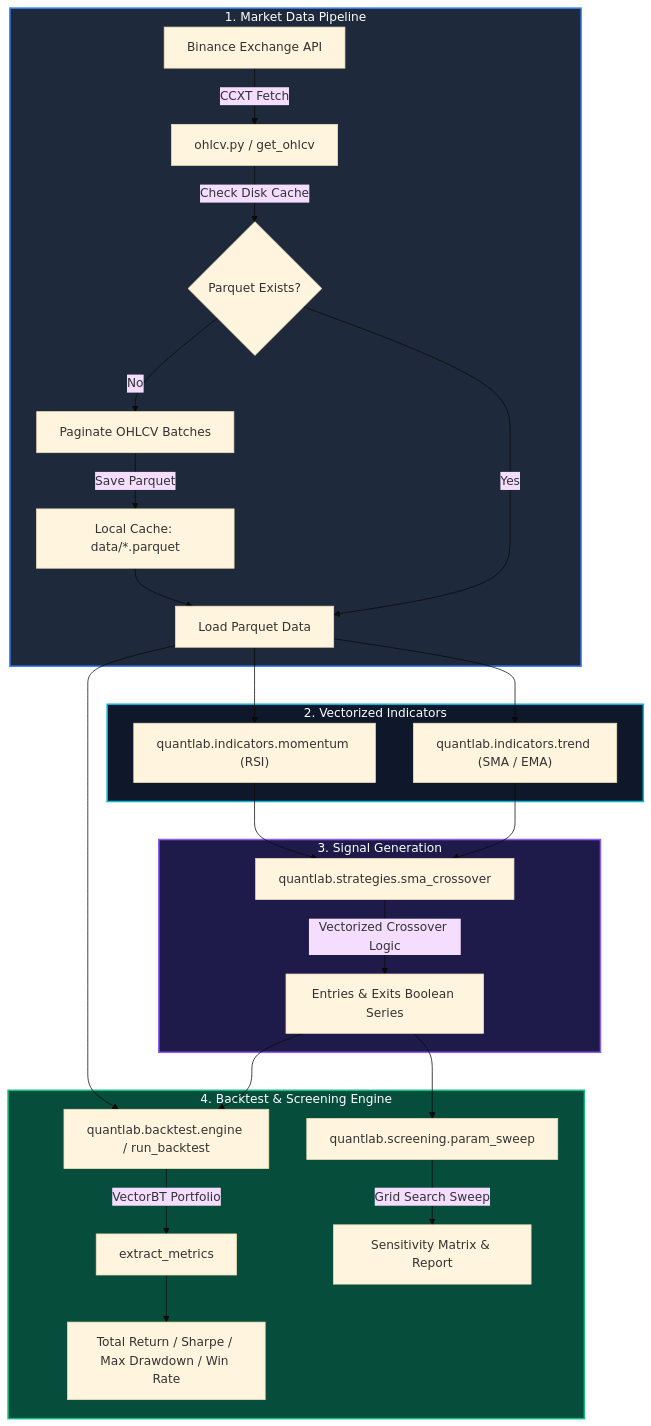
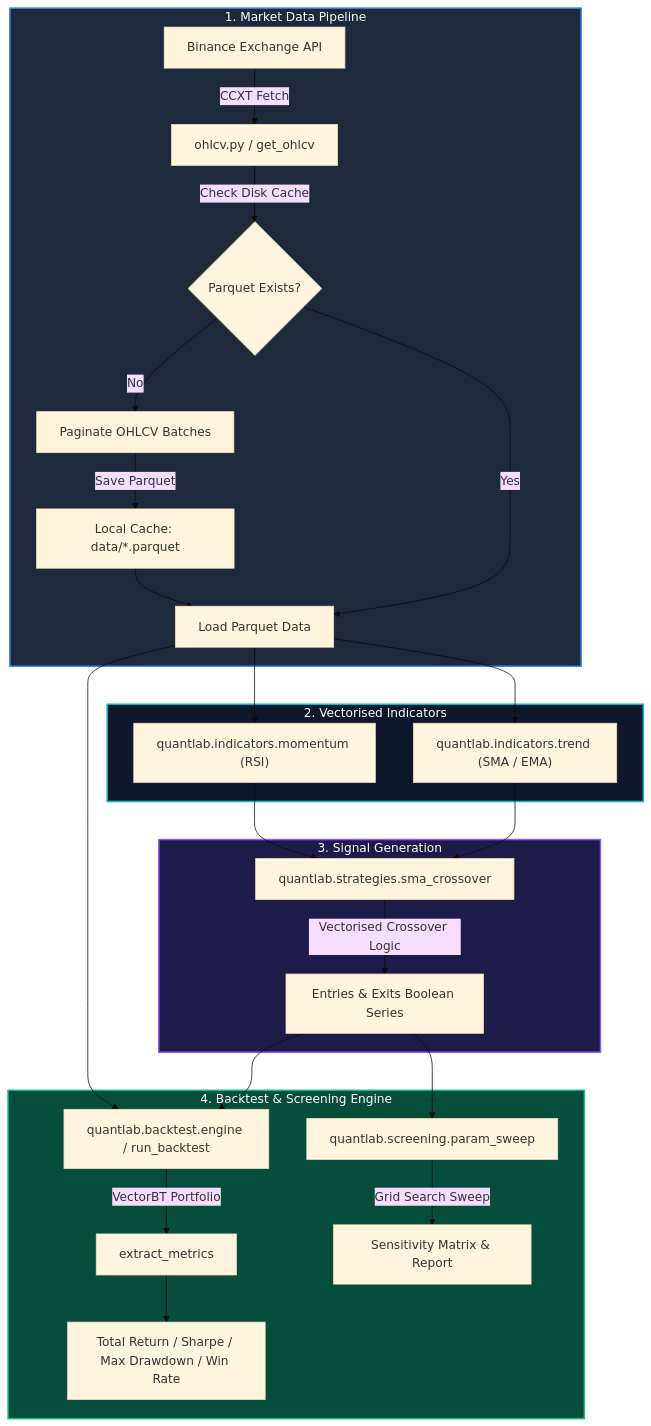
One commit to DeanT-04/vectrBT-backtesting-engine-crypto changed the diagram in README.md. Above: the diagram before and after it, drawn with Mermaid (base theme). The commit also changed other lines of this file and 3 other files, not shown here.

````diff
--- a/README.md
+++ b/README.md
@@ -74,36 +70,36 @@
 ```mermaid
 flowchart TD
     subgraph Data["1. Market Data Pipeline"]
         A["Binance Exchange API"] -->|"CCXT Fetch"| B["ohlcv.py / get_ohlcv"]
         B -->|"Check Disk Cache"| C{"Parquet Exists?"}
         C -->|"Yes"| D["Load Parquet Data"]
         C -->|"No"| E["Paginate OHLCV Batches"]
         E -->|"Save Parquet"| F["Local Cache: data/*.parquet"]
         F --> D
     end
 
-    subgraph Indicators["2. Vectorized Indicators"]
+    subgraph Indicators["2. Vectorised Indicators"]
         D --> G["quantlab.indicators.trend (SMA / EMA)"]
         D --> H["quantlab.indicators.momentum (RSI)"]
     end
 
     subgraph Signals["3. Signal Generation"]
         G --> I["quantlab.strategies.sma_crossover"]
         H --> I
-        I -->|"Vectorized Crossover Logic"| J["Entries & Exits Boolean Series"]
+        I -->|"Vectorised Crossover Logic"| J["Entries & Exits Boolean Series"]
     end
 
     subgraph Simulation["4. Backtest & Screening Engine"]
         J --> K["quantlab.backtest.engine / run_backtest"]
         D --> K
         K -->|"VectorBT Portfolio"| L["extract_metrics"]
         L --> M["Total Return / Sharpe / Max Drawdown / Win Rate"]
         J --> N["quantlab.screening.param_sweep"]
         N -->|"Grid Search Sweep"| O["Sensitivity Matrix & Report"]
     end
 
     style Data fill:#1e293b,stroke:#3b82f6,stroke-width:2px,color:#fff
     style Indicators fill:#0f172a,stroke:#06b6d4,stroke-width:2px,color:#fff
     style Signals fill:#1e1b4b,stroke:#8b5cf6,stroke-width:2px,color:#fff
     style Simulation fill:#064e3b,stroke:#10b981,stroke-width:2px,color:#fff
 ```
````
